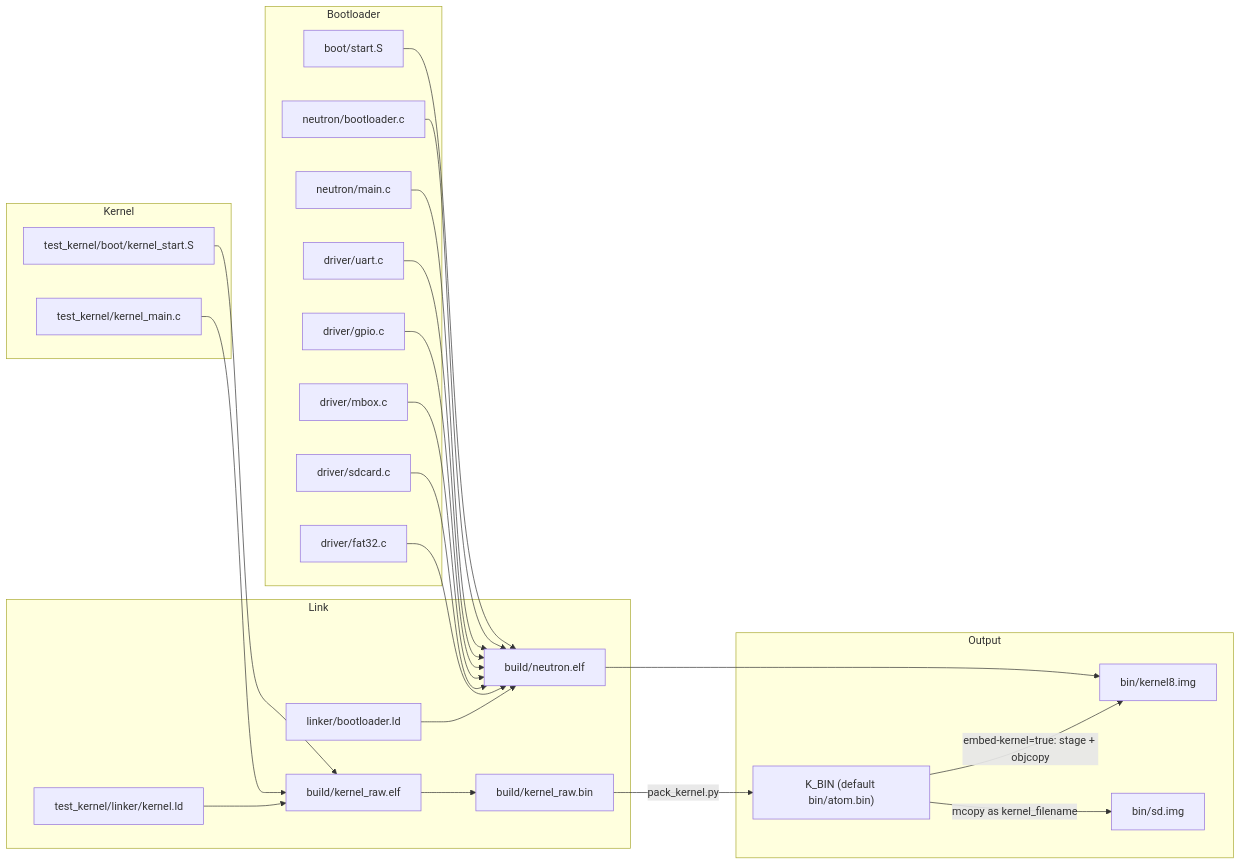
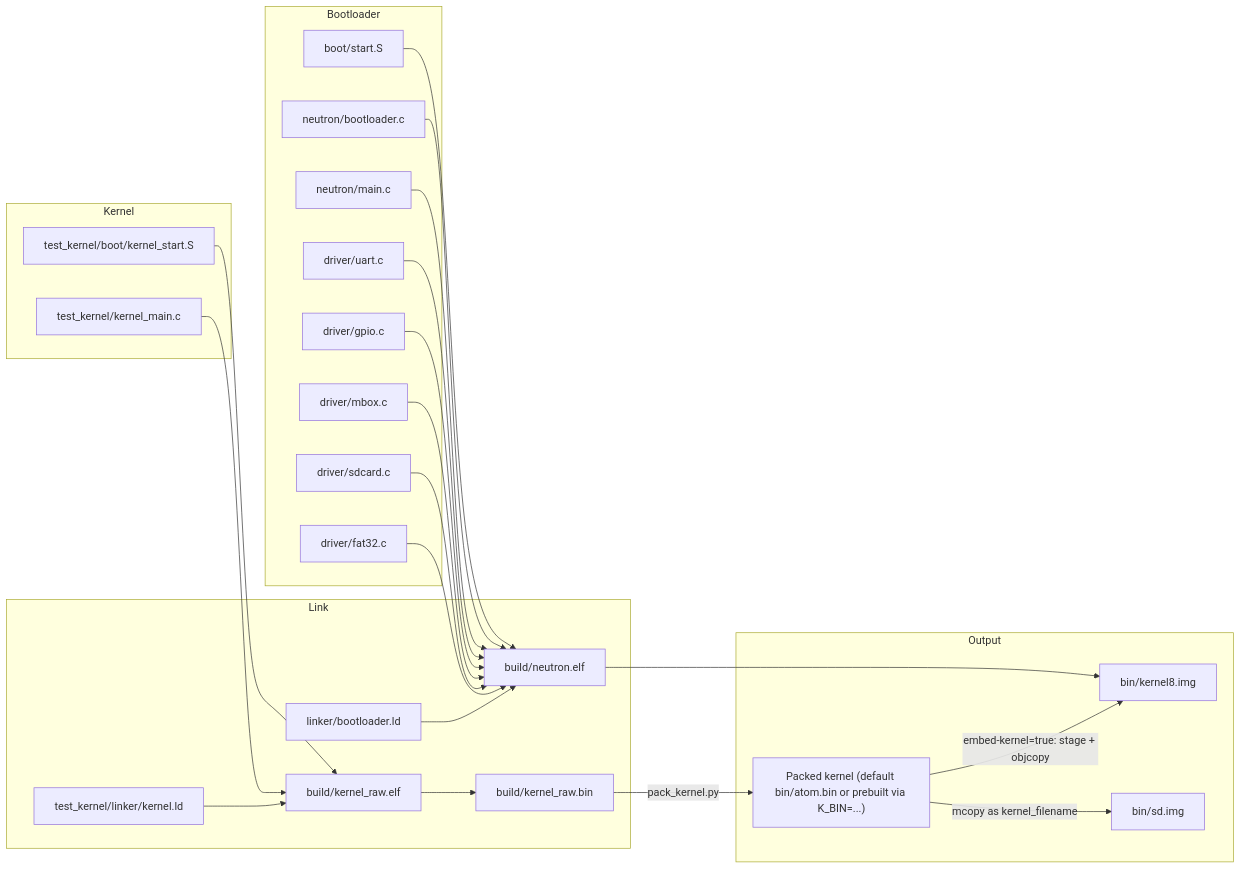
The third of 3 diagrams in ARCHITECTURE.md (serene-brew/Neutron), drawn with Mermaid before and after one commit. The commit also changed other lines of this file, not shown here.

Commit message:
[DOCS]: fix K_BIN entry

````diff
--- a/ARCHITECTURE.md
+++ b/ARCHITECTURE.md
@@ -186,48 +186,48 @@
 ```mermaid
 graph LR
     subgraph Bootloader
         AS["boot/start.S"]
         BC["neutron/bootloader.c"]
         MC["neutron/main.c"]
         UC["driver/uart.c"]
         GC["driver/gpio.c"]
         MC2["driver/mbox.c"]
         SC["driver/sdcard.c"]
         FC["driver/fat32.c"]
     end
     subgraph Kernel
         KS["test_kernel/boot/kernel_start.S"]
         KM["test_kernel/kernel_main.c"]
     end
     subgraph Link
         BLLD["linker/bootloader.ld"]
         KLLD["test_kernel/linker/kernel.ld"]
         BLE["build/neutron.elf"]
         KRE["build/kernel_raw.elf"]
         KRB["build/kernel_raw.bin"]
     end
     subgraph Output
         BLIMG["bin/kernel8.img"]
-        ATOM["K_BIN (default bin/atom.bin)"]
+        ATOM["Packed kernel (default bin/atom.bin or prebuilt via K_BIN=...)"]
         SDIMG["bin/sd.img"]
     end
 
     AS --> BLE
     BC --> BLE
     MC --> BLE
     UC --> BLE
     GC --> BLE
     MC2 --> BLE
     SC --> BLE
     FC --> BLE
     BLLD --> BLE
     BLE --> BLIMG
 
     KS --> KRE
     KM --> KRE
     KLLD --> KRE
     KRE --> KRB
     KRB -->|pack_kernel.py| ATOM
     ATOM -->|mcopy as kernel_filename| SDIMG
     ATOM -->|embed-kernel=true: stage + objcopy| BLIMG
 ```
````
